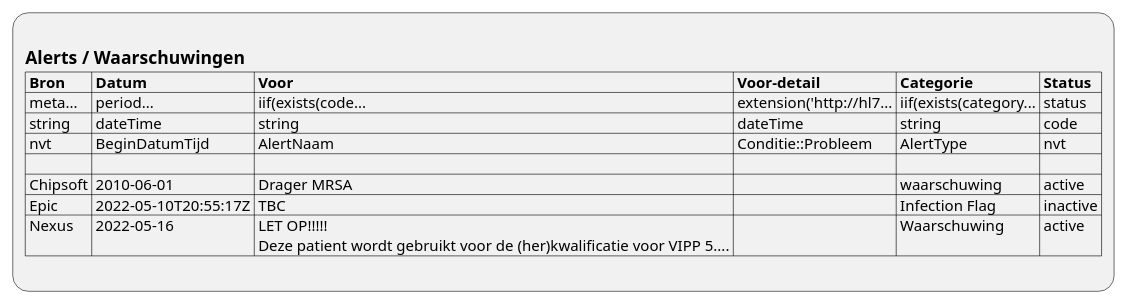
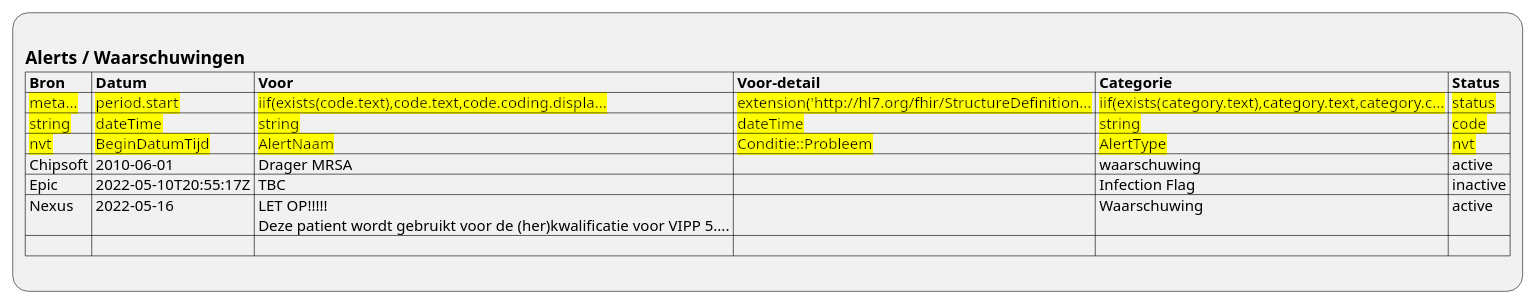
The diagram in input/images-source/ViewDefinition-Flag.plantuml (RIVO-Noord/zorgviewer-ig), drawn with PlantUML before and after one commit. The commit also changed 10 other files, not shown here.

```diff
--- a/input/images-source/ViewDefinition-Flag.plantuml
+++ b/input/images-source/ViewDefinition-Flag.plantuml
@@ -1,13 +1,13 @@
 @startuml ViewDefinition-Flag
 :
 == Alerts / Waarschuwingen
 |= Bron |= Datum |= Voor |= Voor-detail |= Categorie |= Status |
-| meta... | period... | iif(exists(code... | extension('http://hl7... | iif(exists(category... | status |
-| string | dateTime | string | dateTime | string | code |
-| nvt | BeginDatumTijd | AlertNaam | Conditie::Probleem | AlertType | nvt |
-| |
+|<back:yellow> meta... |<back:yellow> period.start |<back:yellow> iif(exists(code.text),code.text,code.coding.displa... |<back:yellow> extension('http://hl7.org/fhir/StructureDefinition... |<back:yellow> iif(exists(category.text),category.text,category.c... |<back:yellow> status |
+|<back:yellow> string |<back:yellow> dateTime |<back:yellow> string |<back:yellow> dateTime |<back:yellow> string |<back:yellow> code |
+|<back:yellow> nvt |<back:yellow> BeginDatumTijd |<back:yellow> AlertNaam |<back:yellow> Conditie::Probleem |<back:yellow> AlertType |<back:yellow> nvt |
 | Chipsoft | 2010-06-01 | Drager MRSA |  | waarschuwing | active |
 | Epic | 2022-05-10T20:55:17Z | TBC |  | Infection Flag | inactive |
 | Nexus | 2022-05-16 | LET OP!!!!!\n Deze patient wordt gebruikt voor de (her)kwalificatie voor VIPP 5.... |  | Waarschuwing | active |
+| |
 ;
 @enduml
```
